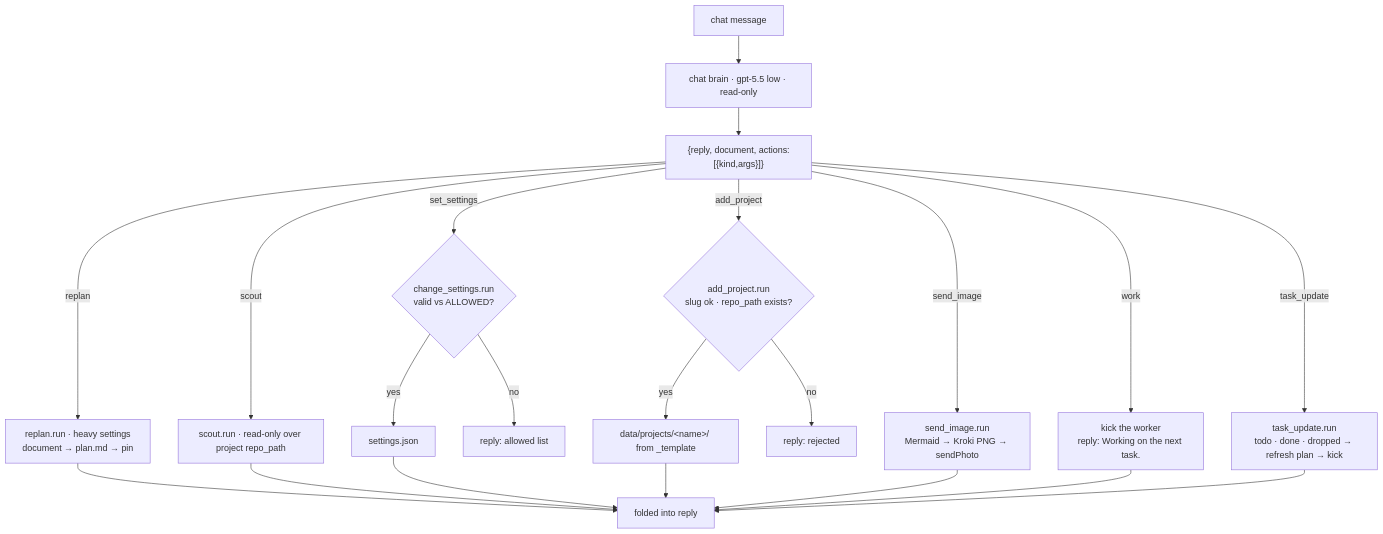
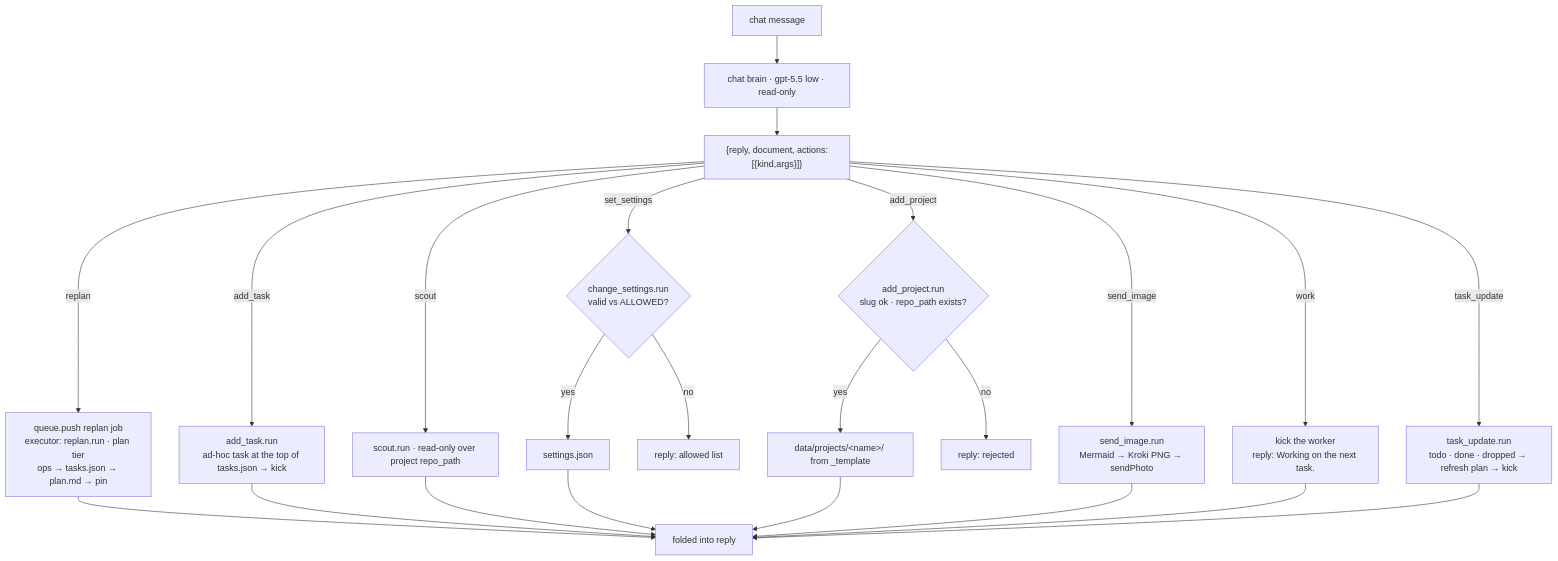
Before and after one commit to vovka/mentor-bot: the fifth of 19 diagrams in docs/ARCHITECTURE.md, drawn with Mermaid. The commit also changed other lines of this file and 2 other files, not shown here.

First line of the commit message:
Docs: durable queue, patch replan, plan tier, concurrent chat, /cancel

````diff
--- a/docs/ARCHITECTURE.md
+++ b/docs/ARCHITECTURE.md
@@ -107,17 +110,18 @@
 ```mermaid
 flowchart TB
   U[chat message] --> C["chat brain · gpt-5.5 low · read-only"]
   C --> OUT["{reply, document, actions:[{kind,args}]}"]
-  OUT -- replan --> P["replan.run · heavy settings<br/>document → plan.md → pin"]
+  OUT -- replan --> P["queue.push replan job<br/>executor: replan.run · plan tier<br/>ops → tasks.json → plan.md → pin"]
+  OUT -- add_task --> AT["add_task.run<br/>ad-hoc task at the top of tasks.json → kick"]
   OUT -- scout --> S["scout.run · read-only over project repo_path"]
   OUT -- set_settings --> V{"change_settings.run<br/>valid vs ALLOWED?"}
   OUT -- add_project --> A{"add_project.run<br/>slug ok · repo_path exists?"}
   OUT -- send_image --> I["send_image.run<br/>Mermaid → Kroki PNG → sendPhoto"]
   OUT -- work --> WK["kick the worker<br/>reply: Working on the next task."]
   OUT -- task_update --> TU["task_update.run<br/>todo · done · dropped → refresh plan → kick"]
   V -- yes --> W1[settings.json]
   V -- no --> R1[reply: allowed list]
   A -- yes --> W2["data/projects/&lt;name&gt;/ from _template"]
   A -- no --> R2[reply: rejected]
-  P & S & W1 & W2 & I & WK & TU --> RES[folded into reply]
+  P & AT & S & W1 & W2 & I & WK & TU --> RES[folded into reply]
 ```
````
